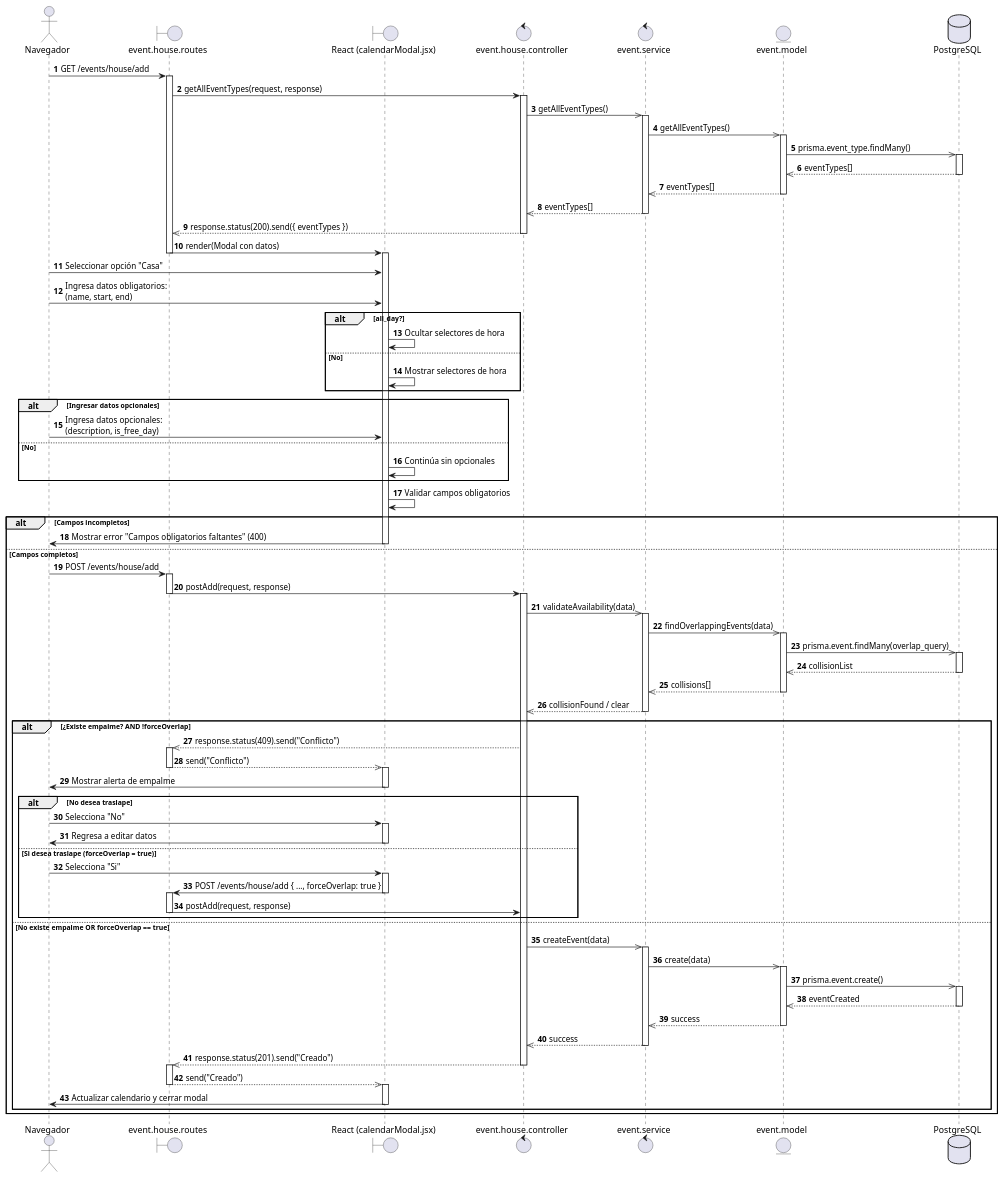
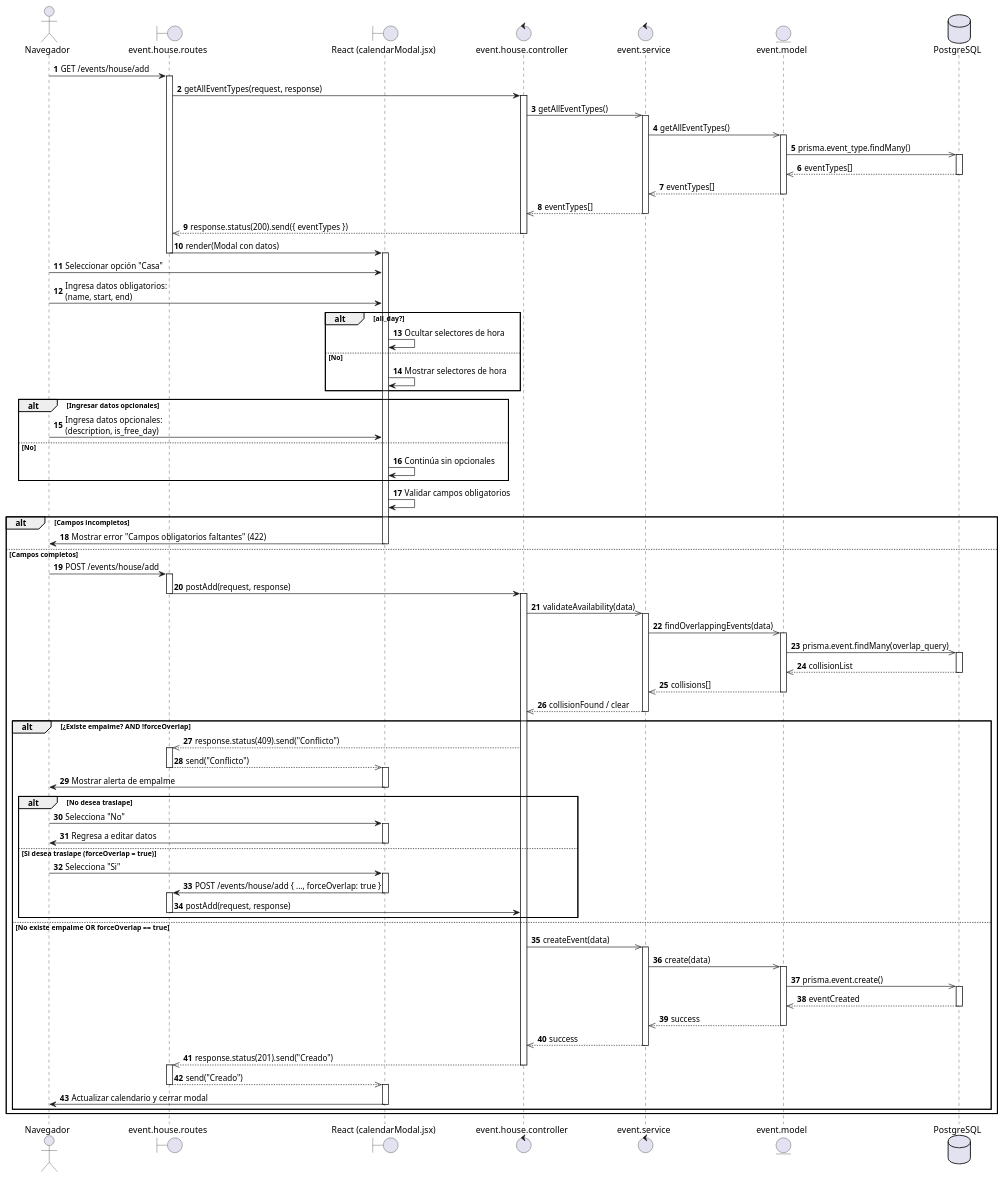
Before and after one commit to AztlanConsulting/RCHQ-Back: the diagram in diagrams/Sequence diagram/US77.puml, drawn with PlantUML.

Commit message:
fix(DS): Se arregla el codigo de campos faltantes

```diff
--- a/diagrams/Sequence diagram/US77.puml
+++ b/diagrams/Sequence diagram/US77.puml
@@ -1,132 +1,132 @@
 @startuml HU77 - Coordinador registra evento de casa
 
 actor Navegador
 boundary "event.house.routes" as routes
 boundary "React (calendarModal.jsx)" as ReactView
 control "event.house.controller" as controller
 control event.service
 entity event.model
 database PostgreSQL
 
 autonumber
 
 Navegador -> routes : GET /events/house/add
 activate routes
 
 routes -> controller : getAllEventTypes(request, response)
 activate controller
 
 controller ->> event.service : getAllEventTypes()
 activate event.service
 event.service ->> event.model : getAllEventTypes()
 activate event.model
 event.model ->> PostgreSQL : prisma.event_type.findMany()
 activate PostgreSQL
 PostgreSQL -->> event.model : eventTypes[]
 deactivate PostgreSQL
 event.model -->> event.service : eventTypes[]
 deactivate event.model
 event.service -->> controller : eventTypes[]
 deactivate event.service
 
 controller -->> routes : response.status(200).send({ eventTypes })
 deactivate controller
 
 routes -> ReactView : render(Modal con datos)
 deactivate routes
 activate ReactView
 
 Navegador -> ReactView : Seleccionar opción "Casa"
 
 Navegador -> ReactView : Ingresa datos obligatorios:\n(name, start, end)
 
 alt all_day?
     ReactView -> ReactView : Ocultar selectores de hora
 else No
     ReactView -> ReactView : Mostrar selectores de hora
 end
 
 alt Ingresar datos opcionales
     Navegador -> ReactView : Ingresa datos opcionales:\n(description, is_free_day)
 else No
     ReactView -> ReactView : Continúa sin opcionales
 end
 
 ReactView -> ReactView : Validar campos obligatorios
 
 alt Campos incompletos
-    ReactView -> Navegador : Mostrar error "Campos obligatorios faltantes" (400)
+    ReactView -> Navegador : Mostrar error "Campos obligatorios faltantes" (422)
     deactivate ReactView
 else Campos completos
     Navegador -> routes : POST /events/house/add
     activate routes
 
     routes -> controller : postAdd(request, response)
     deactivate routes
     activate controller
 
     controller ->> event.service : validateAvailability(data)
     activate event.service
 
     event.service ->> event.model : findOverlappingEvents(data)
     activate event.model
     event.model ->> PostgreSQL : prisma.event.findMany(overlap_query)
     activate PostgreSQL
     PostgreSQL -->> event.model : collisionList
     deactivate PostgreSQL
     event.model -->> event.service : collisions[]
     deactivate event.model
 
     event.service -->> controller : collisionFound / clear
     deactivate event.service
 
     alt ¿Existe empalme? AND !forceOverlap
         controller -->> routes : response.status(409).send("Conflicto")
         activate routes
         routes -->> ReactView : send("Conflicto")
         deactivate routes
         activate ReactView
         ReactView -> Navegador : Mostrar alerta de empalme
         deactivate ReactView
         
         alt No desea traslape
             Navegador -> ReactView : Selecciona "No"
             activate ReactView
             ReactView -> Navegador : Regresa a editar datos
             deactivate ReactView
         else Si desea traslape (forceOverlap = true)
             Navegador -> ReactView : Selecciona "Si"
             activate ReactView
             ReactView -> routes : POST /events/house/add { ..., forceOverlap: true }
             deactivate ReactView
             activate routes
             routes -> controller : postAdd(request, response)
             deactivate routes
         end
         
     else No existe empalme OR forceOverlap == true
         controller ->> event.service : createEvent(data)
         activate event.service
         event.service ->> event.model : create(data)
         activate event.model
         event.model ->> PostgreSQL : prisma.event.create()
         activate PostgreSQL
         PostgreSQL -->> event.model : eventCreated
         deactivate PostgreSQL
         event.model -->> event.service : success
         deactivate event.model
         event.service -->> controller : success
         deactivate event.service
 
         controller -->> routes : response.status(201).send("Creado")
         deactivate controller
         activate routes
         routes -->> ReactView : send("Creado")
         deactivate routes
         activate ReactView
         ReactView -> Navegador : Actualizar calendario y cerrar modal
         deactivate ReactView
     end
 end
 
 @enduml
```
